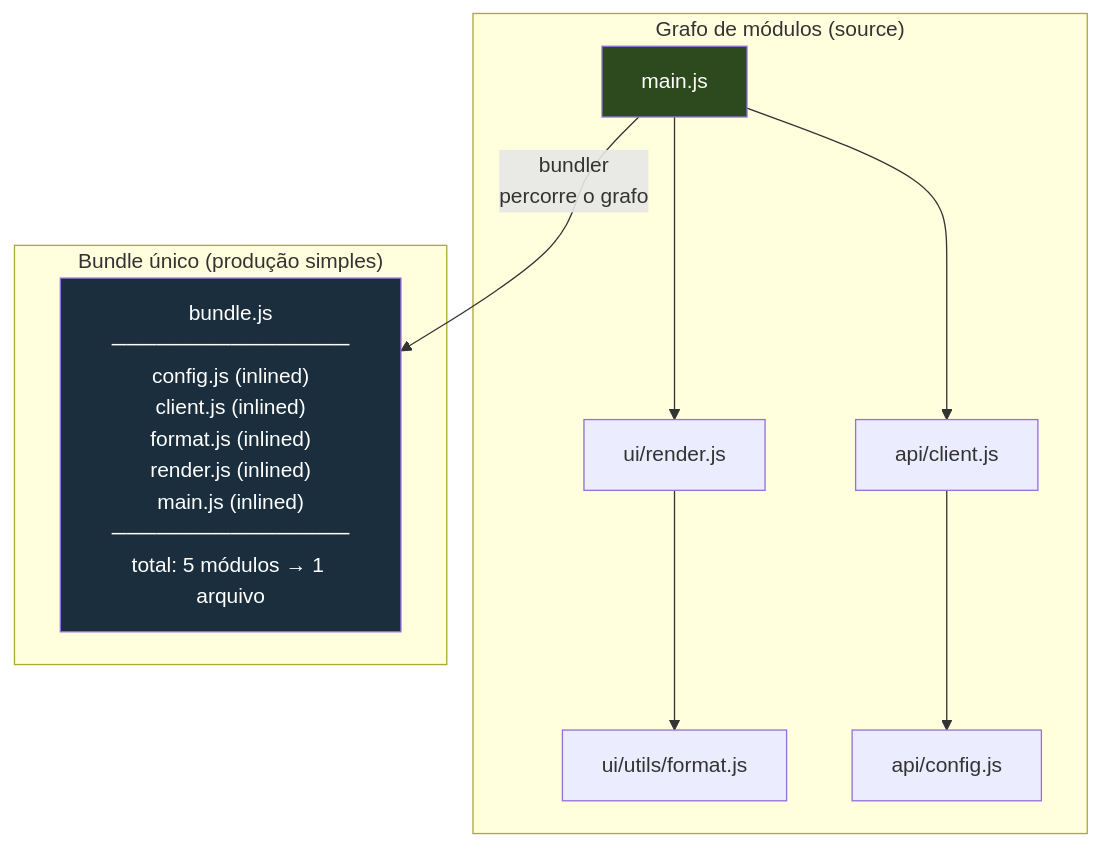
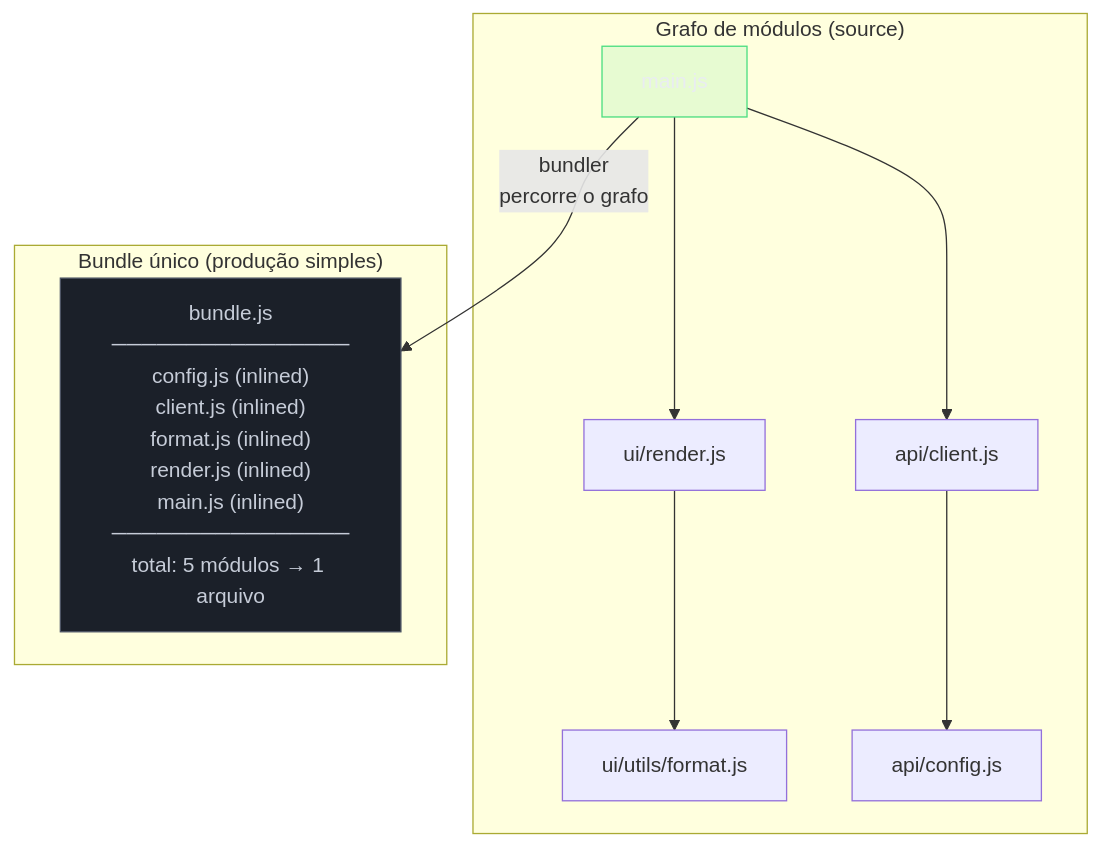
The sixth of 10 diagrams in 03-Dominios/Tecnologia/Tooling e Build/07 - O grafo de módulos e o que é bundling.md (josenaldo/codex-technomanticus), drawn with Mermaid before and after one commit. The commit also changed other lines of this file and 1181 other files, not shown here.

First line of the commit message:
fix(diagramas): paleta do sistema no lugar de cor cravada no markdown

````diff
--- a/03-Dominios/Tecnologia/Tooling e Build/07 - O grafo de módulos e o que é bundling.md
+++ b/03-Dominios/Tecnologia/Tooling e Build/07 - O grafo de módulos e o que é bundling.md
@@ -529,24 +536,26 @@
 ```mermaid
 flowchart TD
+    classDef ok fill:#4ADE8021,stroke:#4ADE80,color:#E9ECF2
+    classDef neutro fill:#1B2029,stroke:#4E5666,color:#C6CCD8
     subgraph "Grafo de módulos (source)"
         MAIN["main.js"]
         RENDER["ui/render.js"]
         CLIENT["api/client.js"]
         FORMAT["ui/utils/format.js"]
         CONFIG["api/config.js"]
 
         MAIN --> RENDER
         MAIN --> CLIENT
         RENDER --> FORMAT
         CLIENT --> CONFIG
     end
 
     subgraph "Bundle único (produção simples)"
         BUNDLE["bundle.js\n────────────────\nconfig.js (inlined)\nclient.js (inlined)\nformat.js (inlined)\nrender.js (inlined)\nmain.js (inlined)\n────────────────\ntotal: 5 módulos → 1 arquivo"]
     end
 
     MAIN -->|"bundler\npercorre o grafo"| BUNDLE
 
-    style MAIN fill:#2d4a1e,color:#fff
-    style BUNDLE fill:#1a2e3d,color:#fff
+    class MAIN ok
+    class BUNDLE neutro
 ```
````
